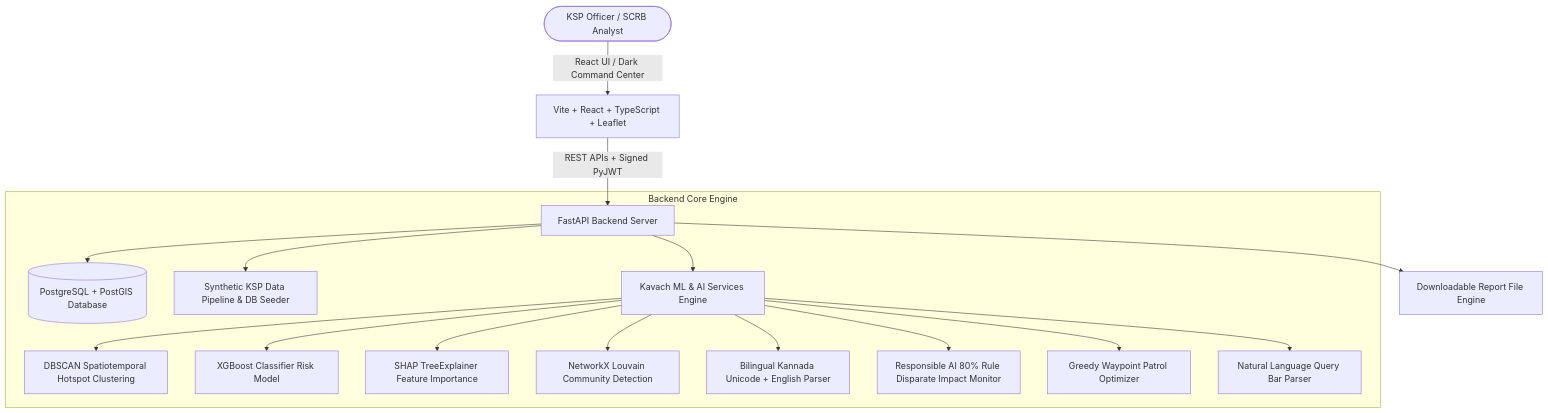
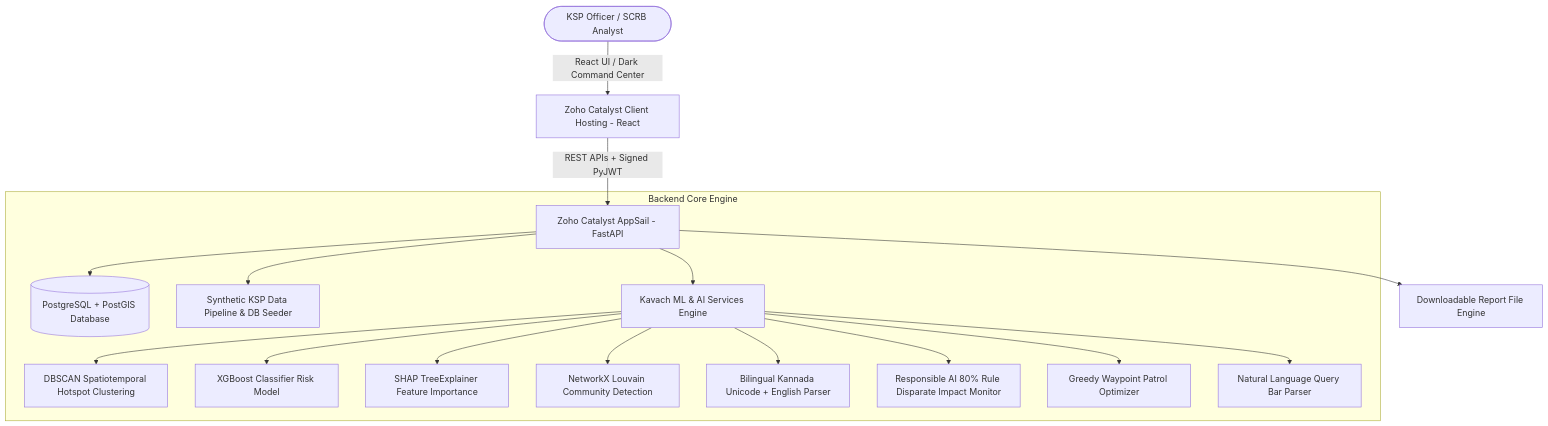
The diagram in README.md (arjunvallala/Kavach), drawn with Mermaid before and after one commit. The commit also changed other lines of this file and 4 other files, not shown here.

Commit message:
Add Zoho Catalyst deployment configuration (catalyst.json, app-config.json for AppSail, deployment guide in README)

````diff
--- a/README.md
+++ b/README.md
@@ -57,22 +93,22 @@
 ```mermaid
 graph TD
-    User([KSP Officer / SCRB Analyst]) -->|React UI / Dark Command Center| Frontend[Vite + React + TypeScript + Leaflet]
-    Frontend -->|REST APIs + Signed PyJWT| Backend[FastAPI Backend Server]
+    User([KSP Officer / SCRB Analyst]) -->|React UI / Dark Command Center| Frontend[Zoho Catalyst Client Hosting - React]
+    Frontend -->|REST APIs + Signed PyJWT| Backend[Zoho Catalyst AppSail - FastAPI]
     
     subgraph Backend Core Engine
         Backend --> DB[(PostgreSQL + PostGIS Database)]
         Backend --> DataGen[Synthetic KSP Data Pipeline & DB Seeder]
         Backend --> MLEngine[Kavach ML & AI Services Engine]
         
         MLEngine --> DBSCAN[DBSCAN Spatiotemporal Hotspot Clustering]
         MLEngine --> XGBoost[XGBoost Classifier Risk Model]
         MLEngine --> SHAP[SHAP TreeExplainer Feature Importance]
         MLEngine --> Louvain[NetworkX Louvain Community Detection]
         MLEngine --> BilingualNLP[Bilingual Kannada Unicode + English Parser]
         MLEngine --> FairnessAudit[Responsible AI 80% Rule Disparate Impact Monitor]
         MLEngine --> RouteOpt[Greedy Waypoint Patrol Optimizer]
         MLEngine --> NLQuery[Natural Language Query Bar Parser]
     end
 
     Backend --> Export[Downloadable Report File Engine]
 ```
````
